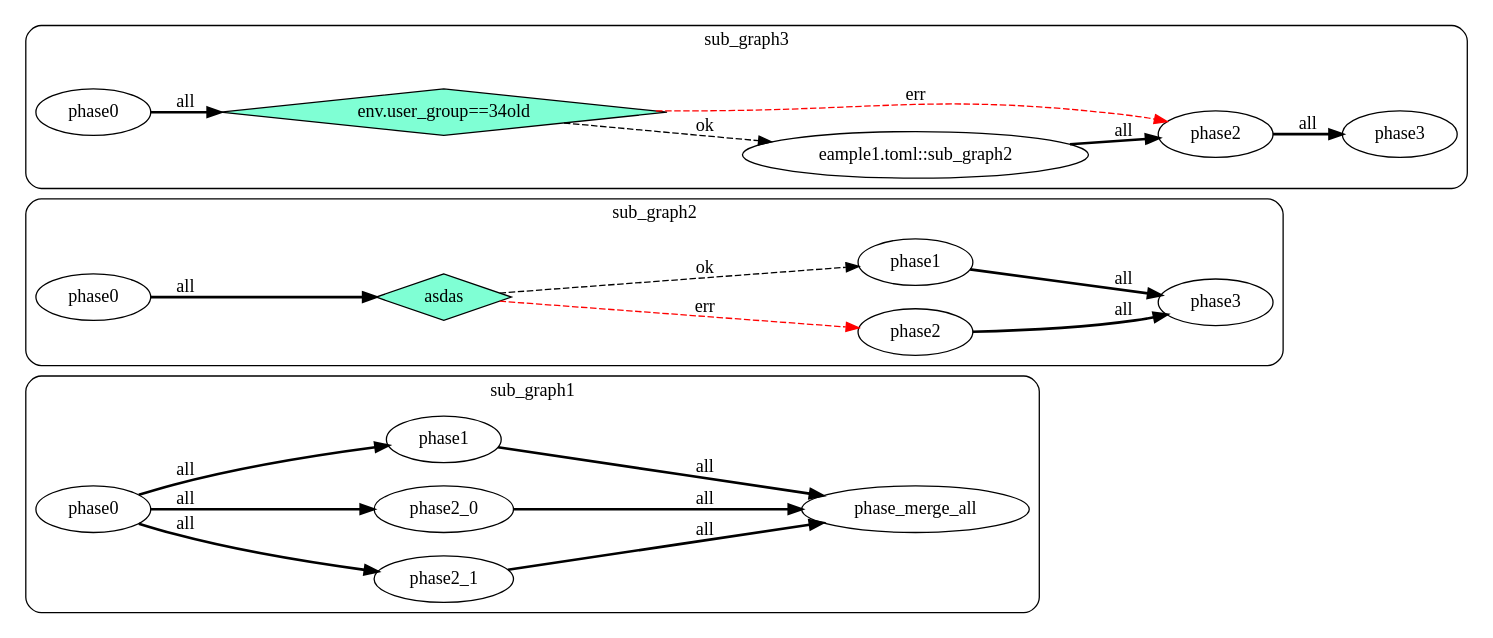
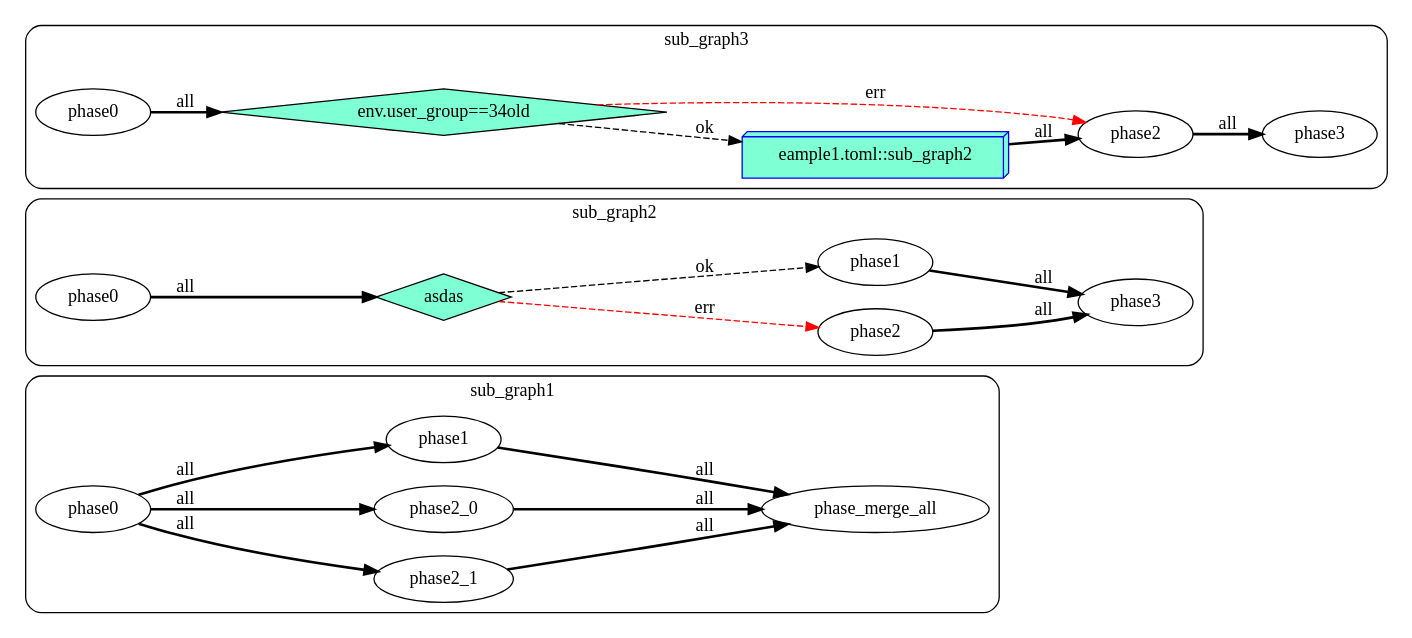
The diagram in didagle/example/example1.toml.dot (yinqiwen/myctk), drawn with Graphviz before and after one commit. The commit also changed 10 other files, not shown here.

```diff
--- a/didagle/example/example1.toml.dot
+++ b/didagle/example/example1.toml.dot
@@ -1,46 +1,46 @@
 digraph G {
     rankdir=LR;
   subgraph cluster_sub_graph1{
     style = rounded;
     label = "sub_graph1";
     sub_graph1_phase2_1 [label="phase2_1"];
     sub_graph1_phase2_0 [label="phase2_0"];
     sub_graph1_phase_merge_all [label="phase_merge_all"];
     sub_graph1_phase0 [label="phase0"];
     sub_graph1_phase1 [label="phase1"];
     sub_graph1_phase0 -> sub_graph1_phase2_1 [style=bold label="all"];
     sub_graph1_phase0 -> sub_graph1_phase2_0 [style=bold label="all"];
     sub_graph1_phase2_1 -> sub_graph1_phase_merge_all [style=bold label="all"];
     sub_graph1_phase1 -> sub_graph1_phase_merge_all [style=bold label="all"];
     sub_graph1_phase2_0 -> sub_graph1_phase_merge_all [style=bold label="all"];
     sub_graph1_phase0 -> sub_graph1_phase1 [style=bold label="all"];
 };
   subgraph cluster_sub_graph2{
     style = rounded;
     label = "sub_graph2";
     sub_graph2_phase0 [label="phase0"];
     sub_graph2_phase3 [label="phase3"];
     sub_graph2_phase2 [label="phase2"];
     sub_graph2_phase1 [label="phase1"];
     sub_graph2_test_34old [label="asdas" shape=diamond color=black fillcolor=aquamarine style=filled];
     sub_graph2_phase2 -> sub_graph2_phase3 [style=bold label="all"];
     sub_graph2_phase1 -> sub_graph2_phase3 [style=bold label="all"];
     sub_graph2_test_34old -> sub_graph2_phase2 [style=dashed color=red label="err"];
     sub_graph2_test_34old -> sub_graph2_phase1 [style=dashed label="ok"];
     sub_graph2_phase0 -> sub_graph2_test_34old [style=bold label="all"];
 };
   subgraph cluster_sub_graph3{
     style = rounded;
     label = "sub_graph3";
-    sub_graph3_sub_graph2 [label="eample1.toml::sub_graph2"];
+    sub_graph3_sub_graph2 [label="eample1.toml::sub_graph2" shape=box3d, color=blue fillcolor=aquamarine style=filled];
     sub_graph3_phase0 [label="phase0"];
     sub_graph3_phase3 [label="phase3"];
     sub_graph3_phase2 [label="phase2"];
     sub_graph3_test_34old [label="env.user_group==34old" shape=diamond color=black fillcolor=aquamarine style=filled];
     sub_graph3_test_34old -> sub_graph3_sub_graph2 [style=dashed label="ok"];
     sub_graph3_phase2 -> sub_graph3_phase3 [style=bold label="all"];
     sub_graph3_sub_graph2 -> sub_graph3_phase2 [style=bold label="all"];
     sub_graph3_test_34old -> sub_graph3_phase2 [style=dashed color=red label="err"];
     sub_graph3_phase0 -> sub_graph3_test_34old [style=bold label="all"];
 };
 }
```
